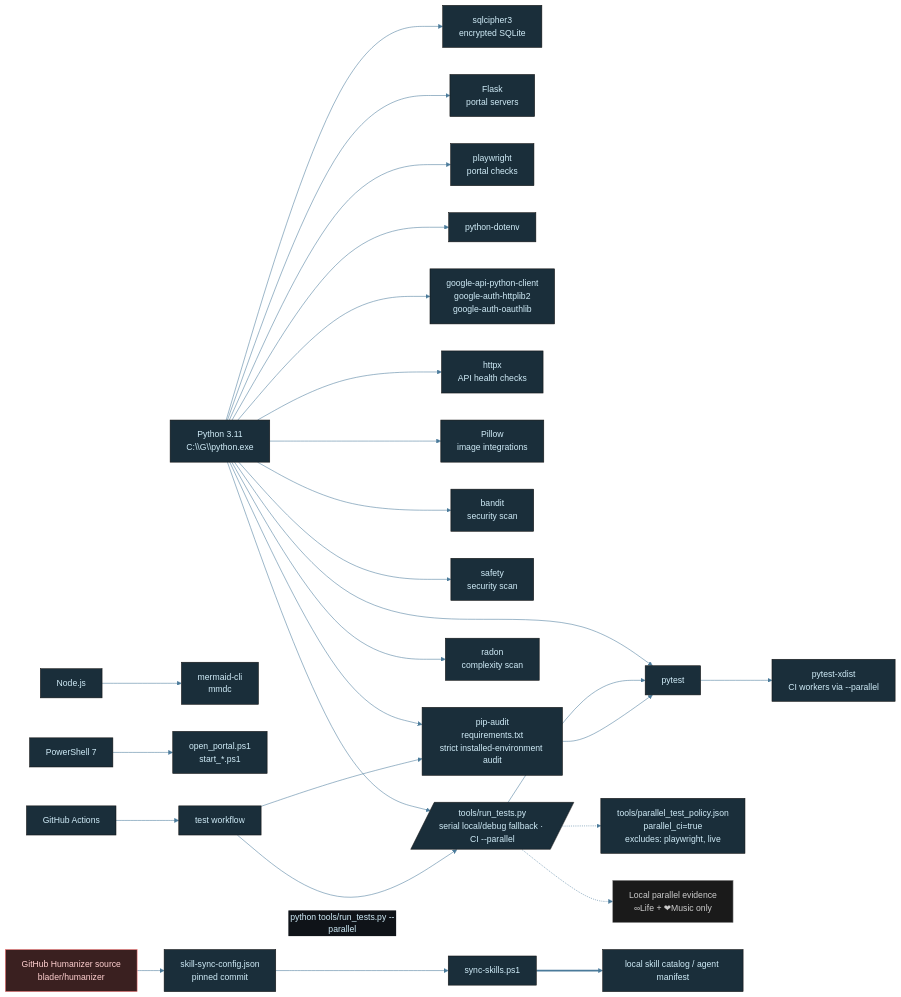
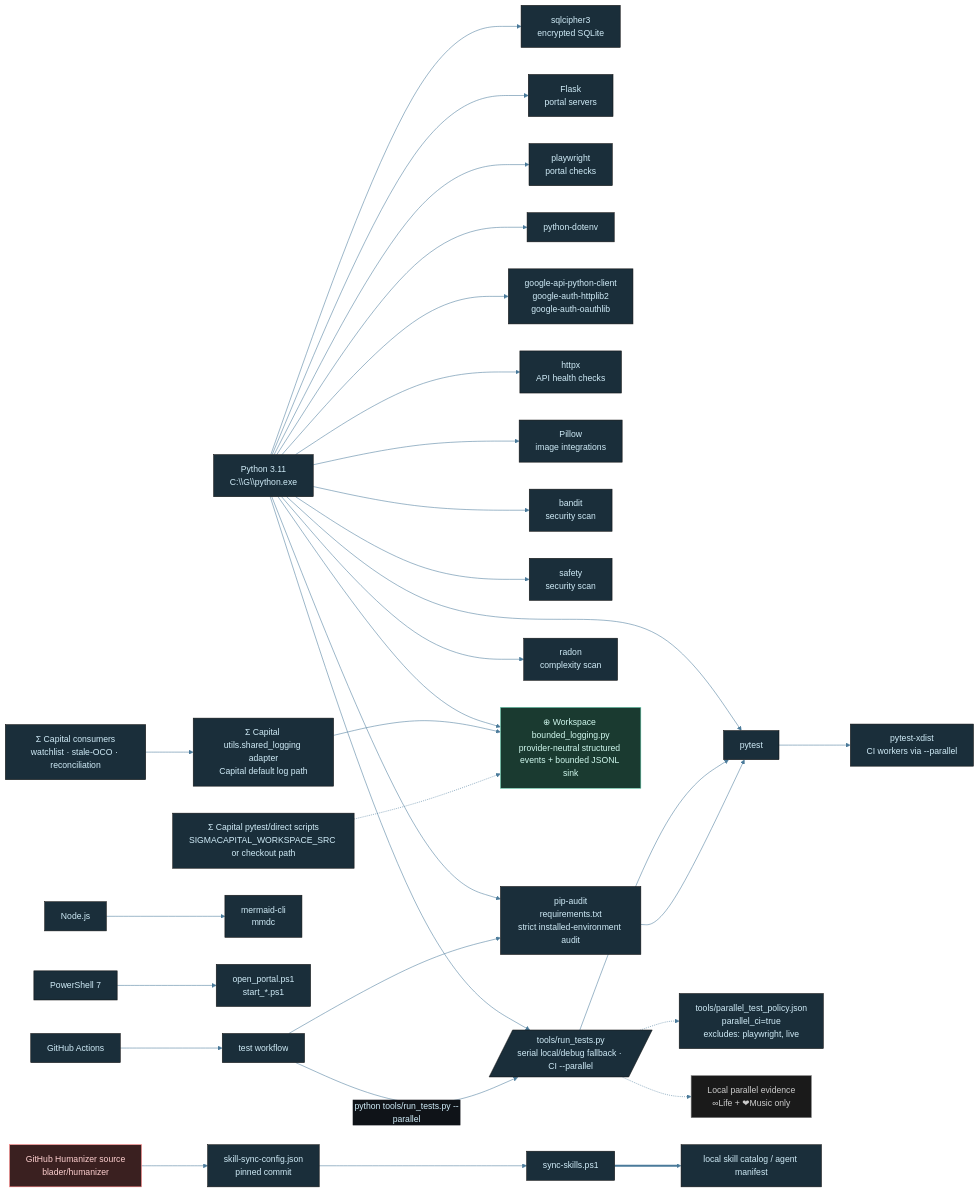
Before and after one commit to tylerdrakemusic/-Workspace: the diagram in diagrams/workspace-tech-stack.mmd, drawn with Mermaid. The commit also changed 6 other files, not shown here.

Commit message:
⊕ workspace: add bounded structured logging engine

```diff
--- a/diagrams/workspace-tech-stack.mmd
+++ b/diagrams/workspace-tech-stack.mmd
@@ -1,41 +1,47 @@
 %%{init: {'theme': 'base', 'themeVariables': {'primaryColor': '#1a2e3a', 'primaryTextColor': '#d0ecf8', 'edgeLabelBackground': '#0f1318', 'lineColor': '#4a7a9a'}}}%%
 graph LR
     Python[Python 3.11<br/>C:\\G\\python.exe] --> SQLCipher[sqlcipher3<br/>encrypted SQLite]
     Python --> Pytest[pytest]
     Python --> Flask[Flask<br/>portal servers]
     Python --> Playwright[playwright<br/>portal checks]
     Python --> Dotenv[python-dotenv]
     Python --> GoogleAPI[google-api-python-client<br/>google-auth-httplib2<br/>google-auth-oauthlib]
     Python --> Httpx[httpx<br/>API health checks]
     Python --> Pillow[Pillow<br/>image integrations]
     Python --> Bandit[bandit<br/>security scan]
     Python --> Safety[safety<br/>security scan]
     Python --> PipAudit[pip-audit<br/>requirements.txt<br/>strict installed-environment audit]
     Python --> Radon[radon<br/>complexity scan]
+    Python --> BoundedLogging[⊕ Workspace bounded_logging.py<br/>provider-neutral structured events + bounded JSONL sink]
+    CapitalLoggingConsumers[Σ Capital consumers<br/>watchlist · stale-OCO · reconciliation] --> CapitalLoggingAdapter[Σ Capital utils.shared_logging adapter<br/>Capital default log path]
+    CapitalLoggingAdapter --> BoundedLogging
+    CapitalLoggingBootstrap[Σ Capital pytest/direct scripts<br/>SIGMACAPITAL_WORKSPACE_SRC or checkout path] -.-> BoundedLogging
     Python --> TestRunner[/tools/run_tests.py<br/>serial local/debug fallback · CI --parallel/]
     TestRunner --> Pytest
     TestRunner -.-> TestPolicy[tools/parallel_test_policy.json<br/>parallel_ci=true<br/>excludes: playwright, live]
     Pytest --> Xdist[pytest-xdist<br/>CI workers via --parallel]
     TestRunner -.-> ParallelEvidence[Local parallel evidence<br/>∞Life + ❤Music only]
     Node[Node.js] --> Mmdc[mermaid-cli<br/>mmdc]
     PowerShell[PowerShell 7] --> LaunchScripts[open_portal.ps1<br/>start_*.ps1]
     GitHub[GitHub Actions] --> CI_Tests[test workflow]
     CI_Tests --> PipAudit --> Pytest
     CI_Tests -->|"python tools/run_tests.py --parallel"| TestRunner
     HumanizerSource[GitHub Humanizer source<br/>blader/humanizer] --> SkillSyncConfig[skill-sync-config.json<br/>pinned commit]
     SkillSyncConfig --> SkillSyncScript[sync-skills.ps1]
     SkillSyncScript ==> LocalSkillCatalog[local skill catalog / agent manifest]
     class Python,Node,PowerShell lang
+    class BoundedLogging ws
+    class CapitalLoggingAdapter,CapitalLoggingConsumers,CapitalLoggingBootstrap tool
     class SQLCipher,Pytest,TestRunner,TestPolicy,Xdist,Flask,Playwright,Dotenv,Mmdc,LaunchScripts,GitHub,CI_Tests,GoogleAPI,Httpx,Pillow,Bandit,Safety,PipAudit,Radon,SkillSyncConfig,SkillSyncScript,LocalSkillCatalog tool
     class ParallelEvidence state
     class HumanizerSource ext
 
 classDef life     fill:#1a2e3a,stroke:#6ab4d4,color:#d0ecf8
 classDef music    fill:#3a1a24,stroke:#d47a8f,color:#f8d0dc
 classDef quantum  fill:#251a3a,stroke:#a07adf,color:#e8d0f8
 classDef manifest fill:#3a2e1a,stroke:#d4a96a,color:#f8ead0
 classDef ws       fill:#1a3a30,stroke:#6ad4b4,color:#d0f8ee
 classDef tyler    fill:#2a1a3a,stroke:#9e4aff,color:#fff
 classDef ext      fill:#3a2020,stroke:#ff7a7a,color:#ffd0d0
 classDef db       fill:#3a3010,stroke:#d4c050,color:#f8f0c0
 classDef state    fill:#1a1a1a,stroke:#888888,color:#cccccc
```
